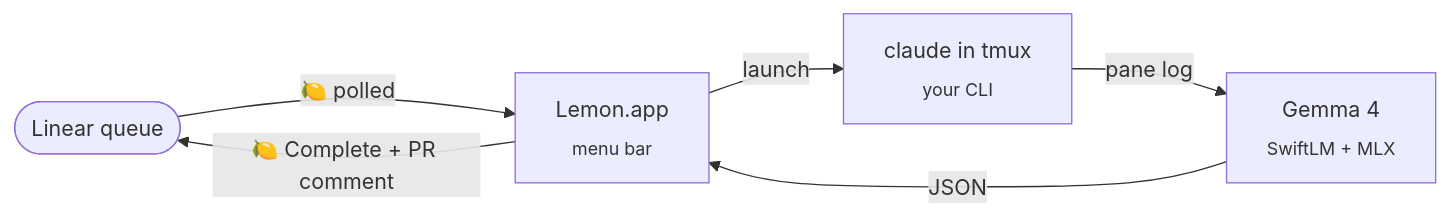
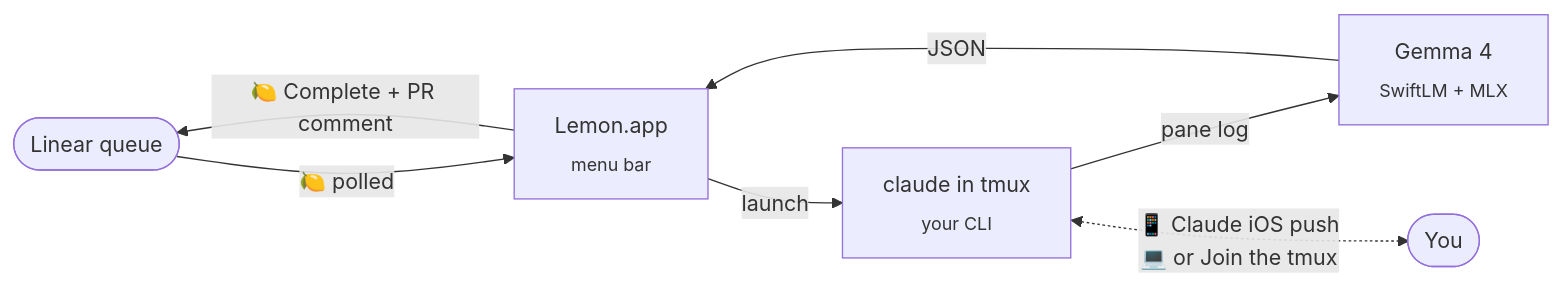
One commit to frkline/lemon changed the diagram in README.md. Above: the diagram before and after it, drawn with Mermaid.

Commit message:
README mermaid: add You node + bidirectional dashed edge for human-in-the-loop path

````diff
--- a/README.md
+++ b/README.md
@@ -86,13 +86,16 @@
 ```mermaid
 flowchart LR
     L([Linear queue])
     O[Lemon.app<br/><sub>menu bar</sub>]
     T[claude in tmux<br/><sub>your CLI</sub>]
     G[Gemma 4<br/><sub>SwiftLM + MLX</sub>]
+    U([You])
 
     L -->|🍋 polled| O
     O -->|launch| T
     T -->|pane log| G
     G -->|JSON| O
     O -->|🍋 Complete + PR comment| L
+
+    T <-.->|"📱 Claude iOS push<br/>💻 or Join the tmux"| U
 ```
````
